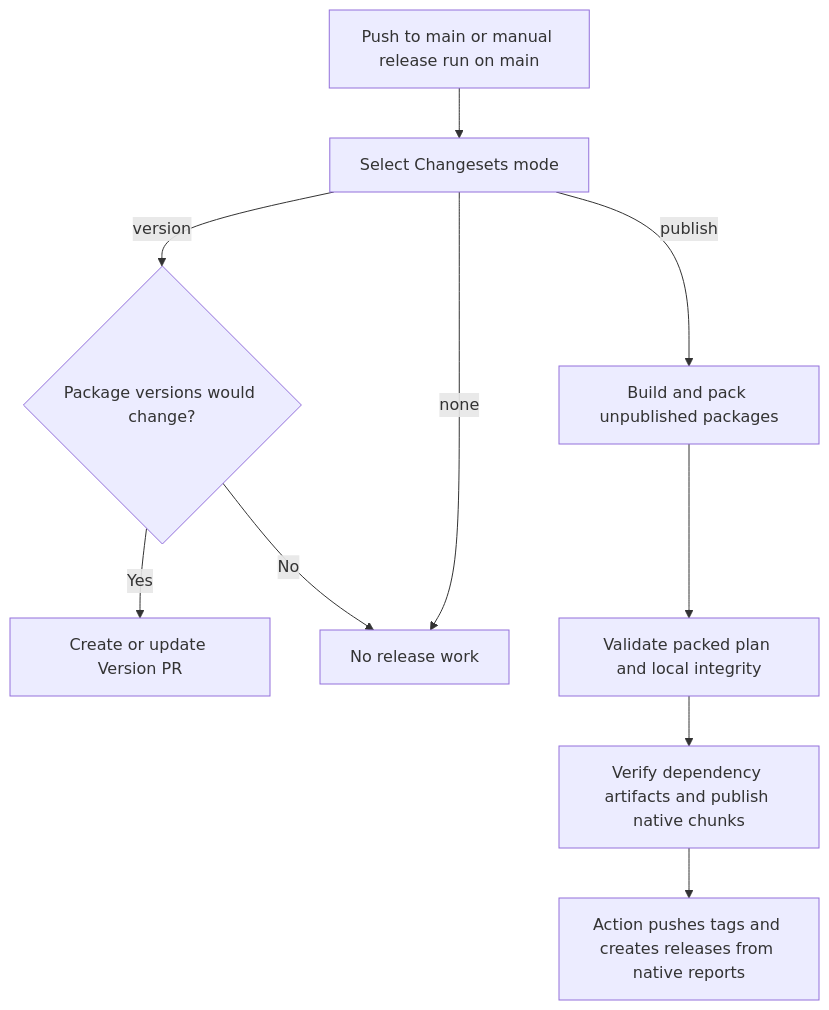
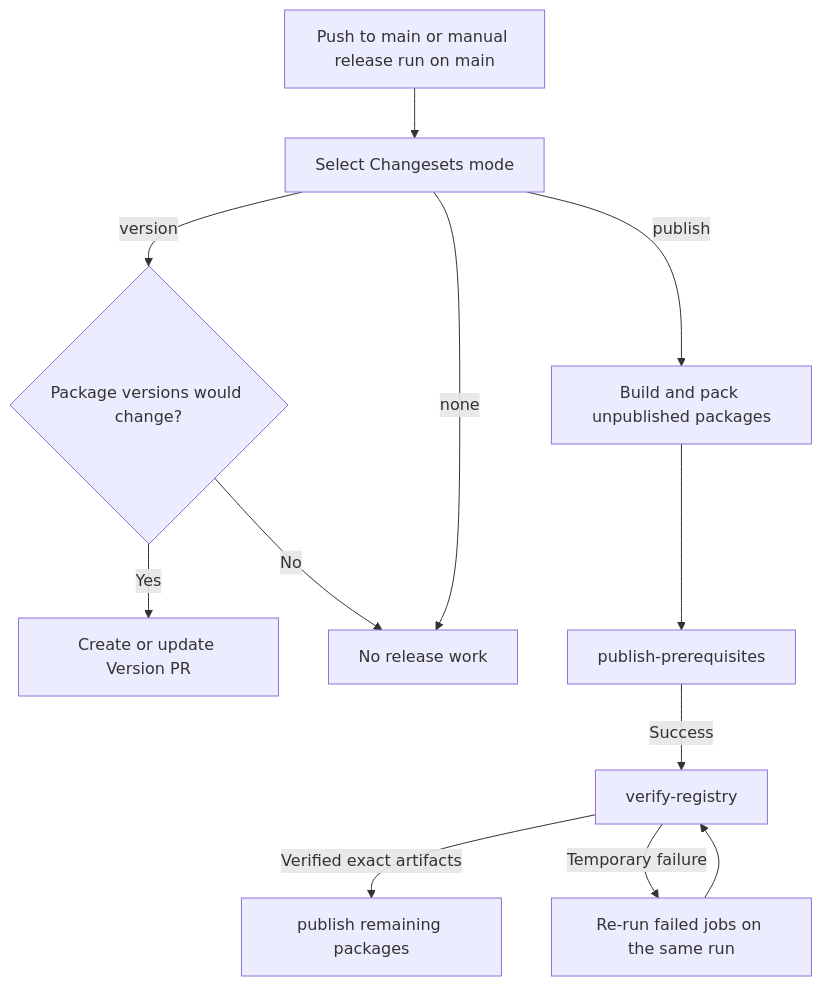
Before and after one commit to narumiruna/pi-extensions: the diagram in docs/release-workflow.md, drawn with Mermaid. The commit also changed other lines of this file and 9 other files, not shown here.

````diff
--- a/docs/release-workflow.md
+++ b/docs/release-workflow.md
@@ -5,12 +5,14 @@
 ```mermaid
 flowchart TD
     Push[Push to main or manual release run on main] --> Select[Select Changesets mode]
     Select -->|version| Plan{Package versions would change?}
     Plan -->|Yes| Version[Create or update Version PR]
     Plan -->|No| Skip
     Select -->|publish| Pack[Build and pack unpublished packages]
     Select -->|none| Skip[No release work]
-    Pack --> Guard[Validate packed plan and local integrity]
-    Guard --> Publish[Verify dependency artifacts and publish native chunks]
-    Publish --> Reports[Action pushes tags and creates releases from native reports]
+    Pack --> First[publish-prerequisites]
+    First -->|Success| Gate[verify-registry]
+    Gate -->|Verified exact artifacts| Publish[publish remaining packages]
+    Gate -->|Temporary failure| Retry[Re-run failed jobs on the same run]
+    Retry --> Gate
 ```
````
